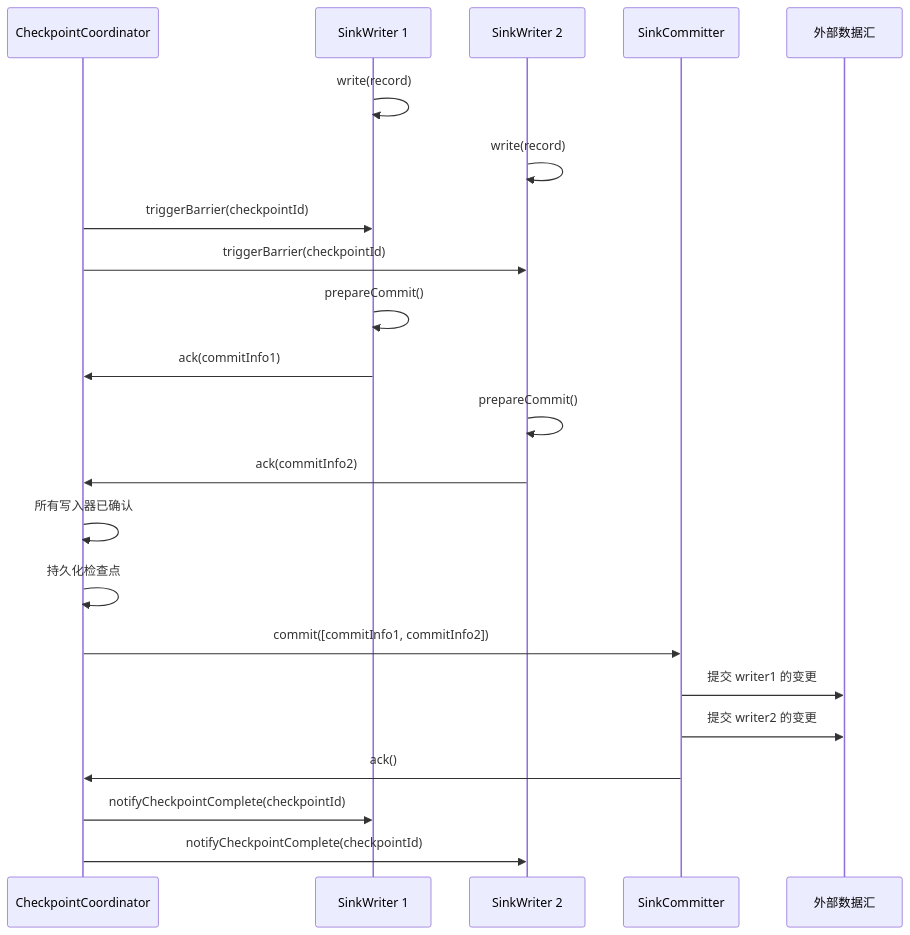
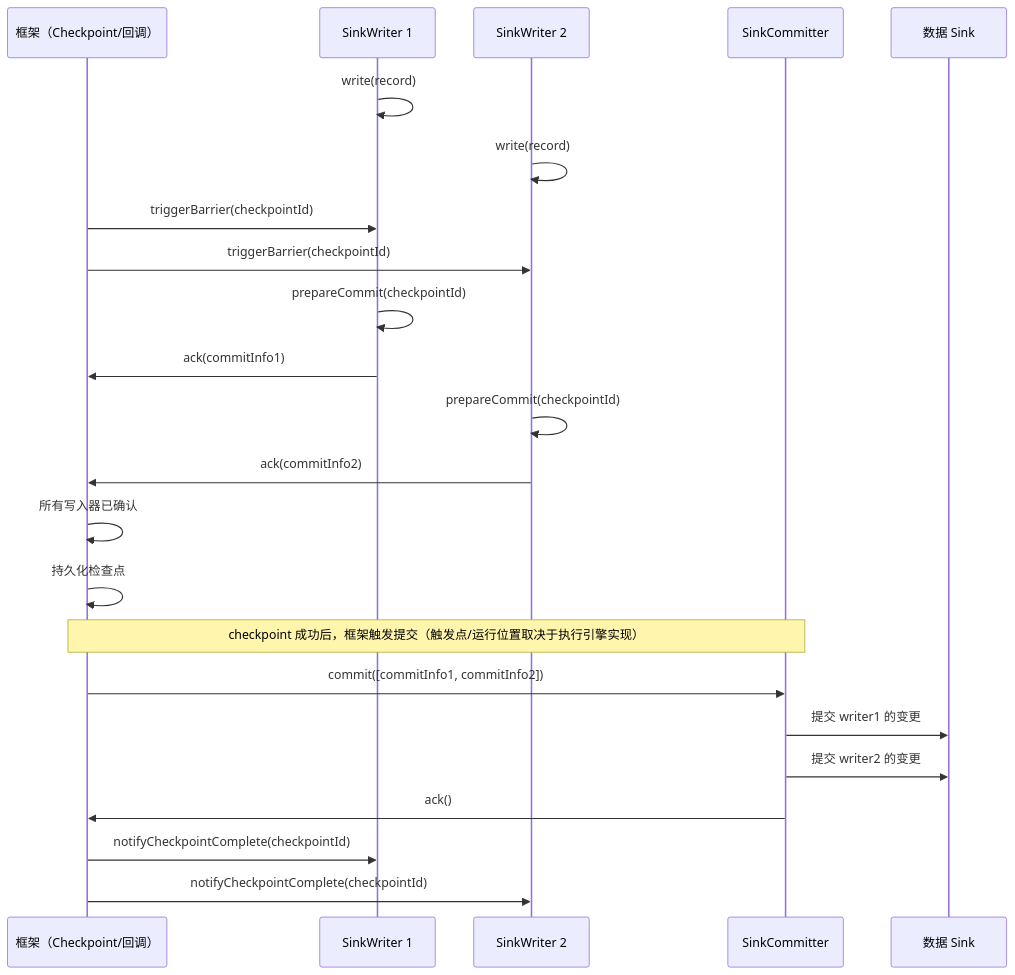
The first of 2 diagrams in docs/zh/architecture/api-design/sink-architecture.md (apache/seatunnel), drawn with Mermaid before and after one commit. The commit also changed other lines of this file and 12 other files, not shown here.

Commit message:
Docs: review and refine architecture documents for accuracy

````diff
--- a/docs/zh/architecture/api-design/sink-architecture.md
+++ b/docs/zh/architecture/api-design/sink-architecture.md
@@ -114,30 +110,31 @@
 ```mermaid
 sequenceDiagram
-    participant CP as CheckpointCoordinator
+    participant CP as 框架（Checkpoint/回调）
     participant Writer1 as SinkWriter 1
     participant Writer2 as SinkWriter 2
     participant Committer as SinkCommitter
-    participant Sink as 外部数据汇
+    participant Sink as 数据 Sink
 
     Writer1->>Writer1: write(record)
     Writer2->>Writer2: write(record)
 
     CP->>Writer1: triggerBarrier(checkpointId)
     CP->>Writer2: triggerBarrier(checkpointId)
 
-    Writer1->>Writer1: prepareCommit()
+    Writer1->>Writer1: prepareCommit(checkpointId)
     Writer1->>CP: ack(commitInfo1)
-    Writer2->>Writer2: prepareCommit()
+    Writer2->>Writer2: prepareCommit(checkpointId)
     Writer2->>CP: ack(commitInfo2)
 
     CP->>CP: 所有写入器已确认
     CP->>CP: 持久化检查点
 
+    Note over CP,Committer: checkpoint 成功后，框架触发提交（触发点/运行位置取决于执行引擎实现）
     CP->>Committer: commit([commitInfo1, commitInfo2])
     Committer->>Sink: 提交 writer1 的变更
     Committer->>Sink: 提交 writer2 的变更
     Committer->>CP: ack()
 
     CP->>Writer1: notifyCheckpointComplete(checkpointId)
     CP->>Writer2: notifyCheckpointComplete(checkpointId)
 ```
````
